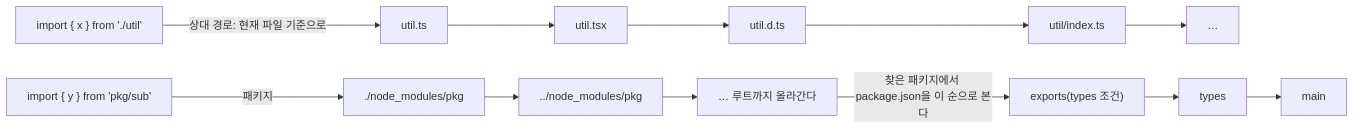
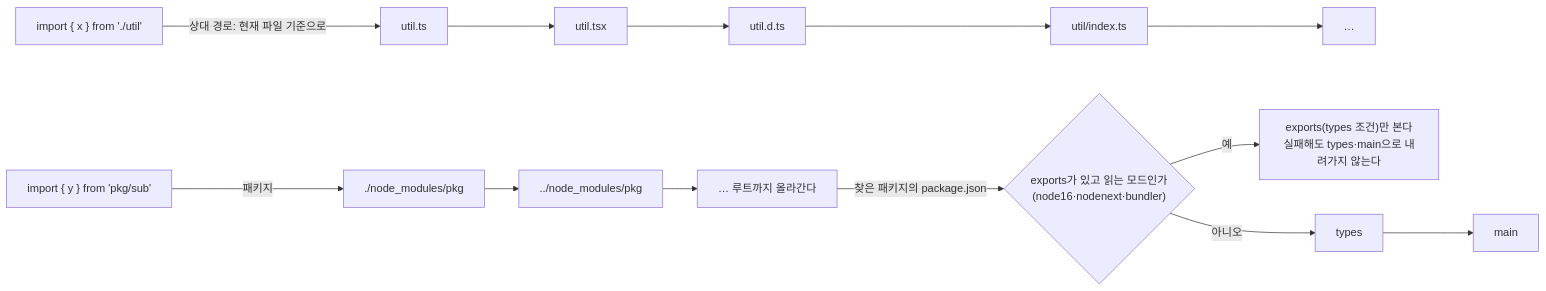
The first of 2 diagrams in content/knowledge/Frontend/JavaScript/typescript-project-config.md (HerrineKim/riverlog), drawn with Mermaid before and after one commit. The commit also changed 271 other files, not shown here.

````diff
--- a/content/knowledge/Frontend/JavaScript/typescript-project-config.md
+++ b/content/knowledge/Frontend/JavaScript/typescript-project-config.md
@@ -109,6 +109,8 @@
 ```mermaid
 flowchart LR
   x["import { x } from './util'"] -->|"상대 경로: 현재 파일 기준으로"| x1["util.ts"] --> x2["util.tsx"] --> x3["util.d.ts"] --> x4["util/index.ts"] --> x5["…"]
   y["import { y } from 'pkg/sub'"] -->|"패키지"| y1["./node_modules/pkg"] --> y2["../node_modules/pkg"] --> y3["… 루트까지 올라간다"]
-  y3 -->|"찾은 패키지에서 package.json을 이 순으로 본다"| y4["exports(types 조건)"] --> y5["types"] --> y6["main"]
+  y3 -->|"찾은 패키지의 package.json"| y4{"exports가 있고 읽는 모드인가<br/>(node16·nodenext·bundler)"}
+  y4 -->|"예"| y5["exports(types 조건)만 본다<br/>실패해도 types·main으로 내려가지 않는다"]
+  y4 -->|"아니오"| y6["types"] --> y7["main"]
 ```
````
